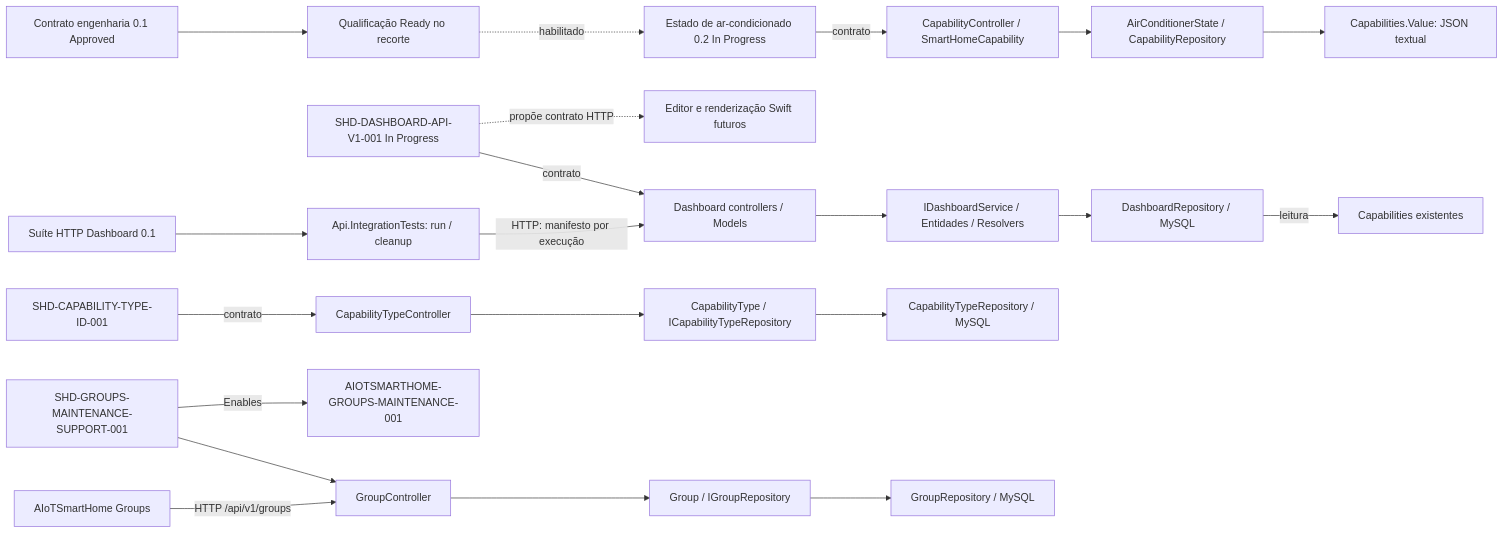
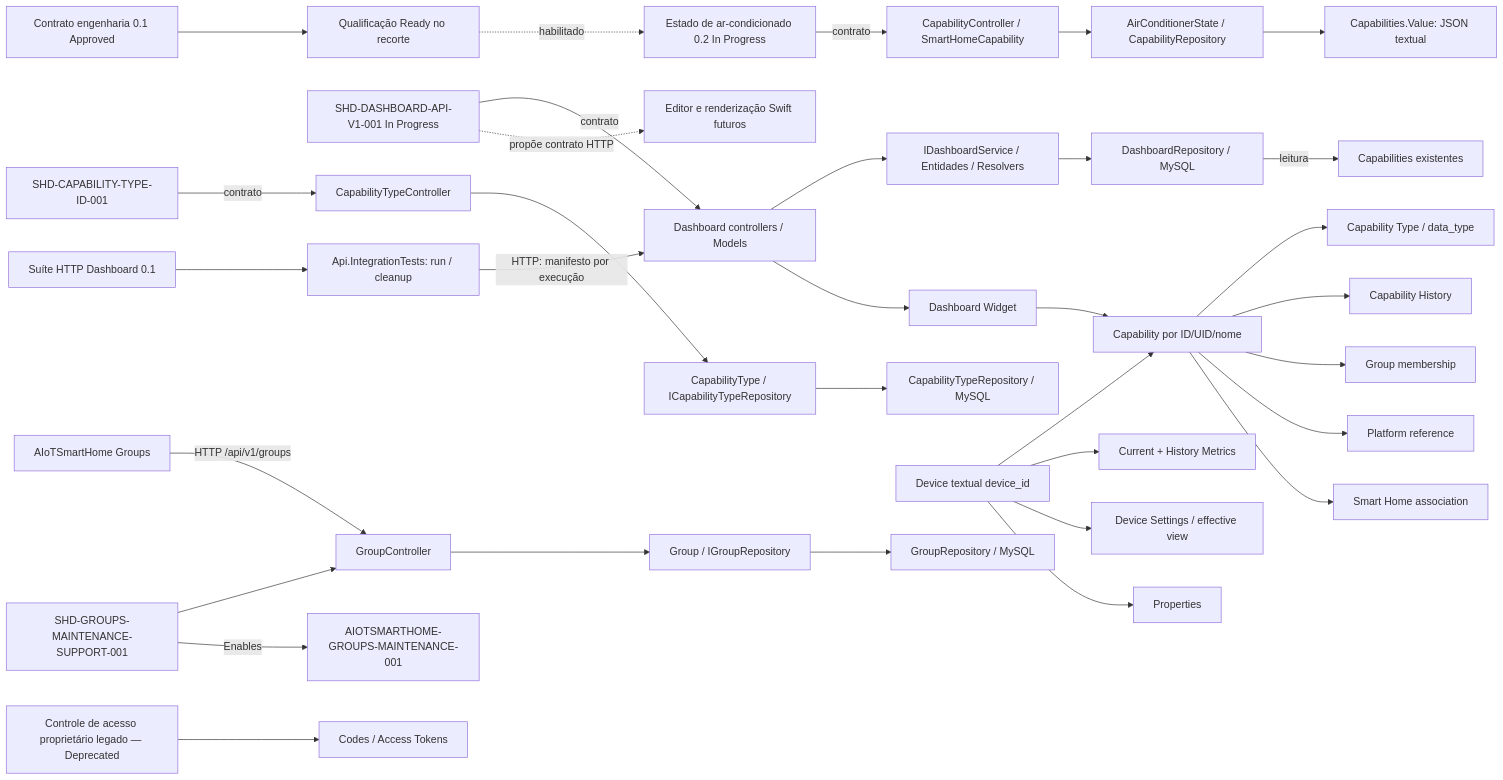
One commit to iotsmartsys/SmartHome-DeviceApi changed the diagram in docs/rfc/KNOWLEDGE-MAP.md. Above: the diagram before and after it, drawn with Mermaid. The commit also changed other lines of this file and 20 other files, not shown here.

````diff
--- a/docs/rfc/KNOWLEDGE-MAP.md
+++ b/docs/rfc/KNOWLEDGE-MAP.md
@@ -76,23 +84,35 @@
 ```mermaid
 flowchart LR
     ENGINEERING[Contrato engenharia 0.1 Approved] --> READINESS[Qualificação Ready no recorte]
     READINESS -.->|habilitado| ACSPEC
     ACSPEC[Estado de ar-condicionado 0.2 In Progress] -->|contrato| ACAPI[CapabilityController / SmartHomeCapability]
     ACAPI --> ACCORE[AirConditionerState / CapabilityRepository]
     ACCORE --> ACDB[Capabilities.Value: JSON textual]
     DASHSPEC[SHD-DASHBOARD-API-V1-001 In Progress] -->|contrato| DASHAPI[Dashboard controllers / Models]
     DASHTESTSPEC[Suíte HTTP Dashboard 0.1] --> DASHTEST[Api.IntegrationTests: run / cleanup]
     DASHTEST -->|HTTP: manifesto por execução| DASHAPI
     DASHAPI --> DASHCORE[IDashboardService / Entidades / Resolvers]
     DASHCORE --> DASHDB[DashboardRepository / MySQL]
     DASHDB -->|leitura| DASHCAP[Capabilities existentes]
     DASHSPEC -.->|propõe contrato HTTP| DASHAPP[Editor e renderização Swift futuros]
     CTSPEC[SHD-CAPABILITY-TYPE-ID-001] -->|contrato| CTAPI[CapabilityTypeController]
     CTAPI --> CTCORE[CapabilityType / ICapabilityTypeRepository]
     CTCORE --> CTDB[CapabilityTypeRepository / MySQL]
     APP[AIoTSmartHome Groups] -->|HTTP /api/v1/groups| API[GroupController]
     SPEC[SHD-GROUPS-MAINTENANCE-SUPPORT-001] --> API
     API --> CORE[Group / IGroupRepository]
     CORE --> DB[GroupRepository / MySQL]
     SPEC -->|Enables| APPSPEC[AIOTSMARTHOME-GROUPS-MAINTENANCE-001]
+    DEV[Device textual device_id] --> CAP[Capability por ID/UID/nome]
+    CAP --> TYPE[Capability Type / data_type]
+    CAP --> HIST[Capability History]
+    CAP --> GROUP[Group membership]
+    CAP --> PLATFORM[Platform reference]
+    CAP --> SMART[Smart Home association]
+    DEV --> METRICS[Current + History Metrics]
+    DEV --> SETTINGS[Device Settings / effective view]
+    DEV --> PROPERTY[Properties]
+    DASHAPI --> WIDGET[Dashboard Widget]
+    WIDGET --> CAP
+    LEGACY[Controle de acesso proprietário legado — Deprecated] --> TOKEN[Codes / Access Tokens]
 ```
````
